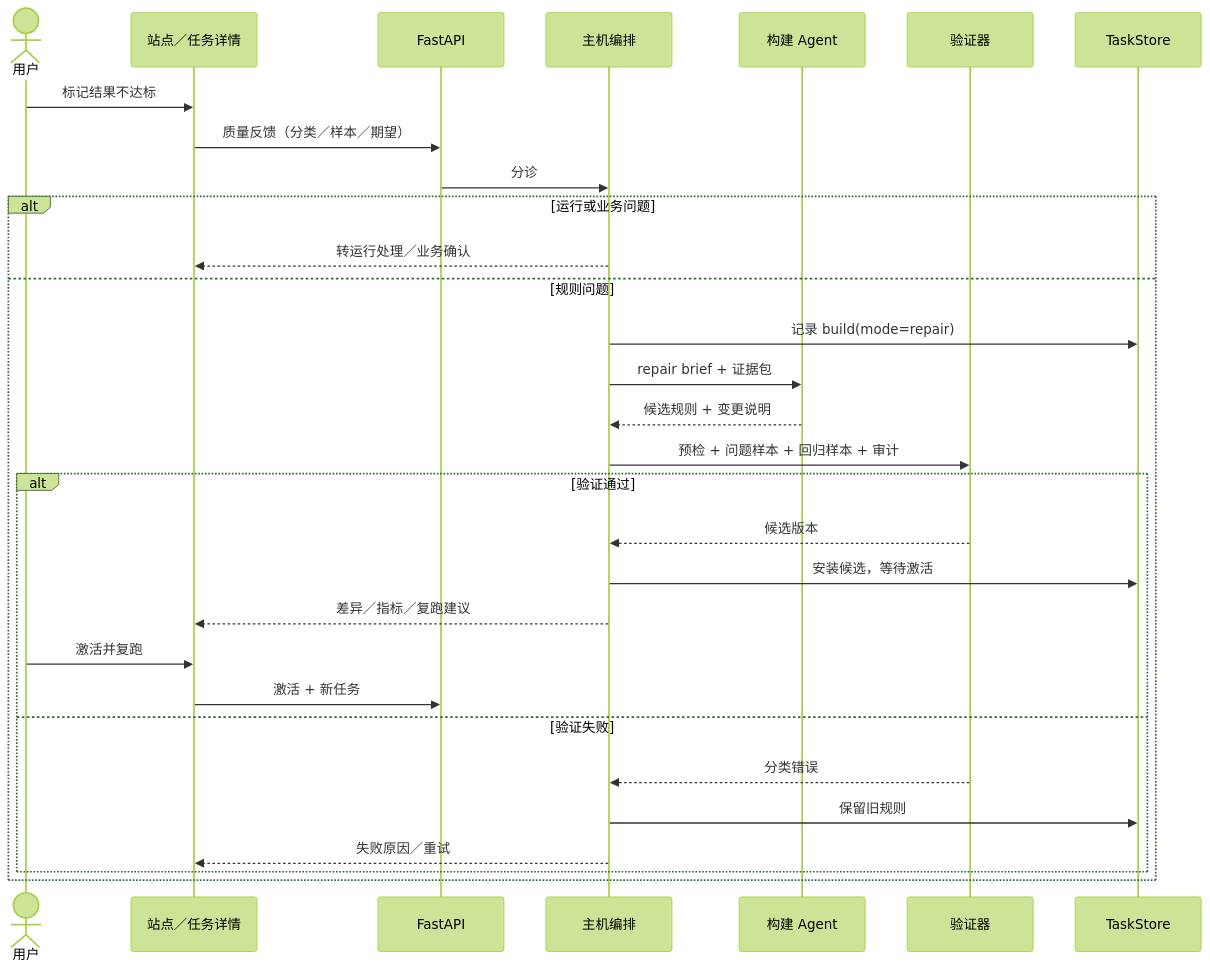
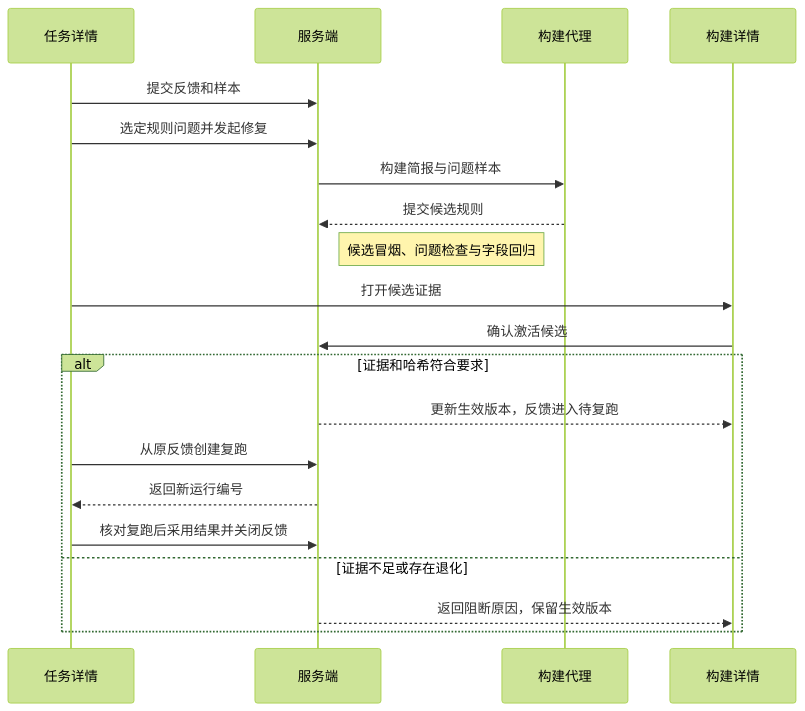
The third of 3 diagrams in docs/34-规则修复与异常工作流.md (xuchaoxin1375/ai-ecom-crawler), drawn with Mermaid (forest theme) before and after one commit. The commit also changed other lines of this file and 3 other files, not shown here.

````diff
--- a/docs/34-规则修复与异常工作流.md
+++ b/docs/34-规则修复与异常工作流.md
@@ -229,33 +231,23 @@
 ```mermaid
 sequenceDiagram
-    actor U as 用户
-    participant UI as 站点／任务详情
-    participant API as FastAPI
-    participant H as 主机编排
-    participant A as 构建 Agent
-    participant V as 验证器
-    participant DB as TaskStore
+    participant Task as 任务详情
+    participant Host as 服务端
+    participant Agent as 构建代理
+    participant Build as 构建详情
 
-    U->>UI: 标记结果不达标
-    UI->>API: 质量反馈（分类／样本／期望）
-    API->>H: 分诊
-    alt 运行或业务问题
-        H-->>UI: 转运行处理／业务确认
-    else 规则问题
-        H->>DB: 记录 build(mode=repair)
-        H->>A: repair brief + 证据包
-        A-->>H: 候选规则 + 变更说明
-        H->>V: 预检 + 问题样本 + 回归样本 + 审计
-        alt 验证通过
-            V-->>H: 候选版本
-            H->>DB: 安装候选，等待激活
-            H-->>UI: 差异／指标／复跑建议
-            U->>UI: 激活并复跑
-            UI->>API: 激活 + 新任务
-        else 验证失败
-            V-->>H: 分类错误
-            H->>DB: 保留旧规则
-            H-->>UI: 失败原因／重试
-        end
+    Task->>Host: 提交反馈和样本
+    Task->>Host: 选定规则问题并发起修复
+    Host->>Agent: 构建简报与问题样本
+    Agent-->>Host: 提交候选规则
+    Note right of Host: 候选冒烟、问题检查与字段回归
+    Task->>Build: 打开候选证据
+    Build->>Host: 确认激活候选
+    alt 证据和哈希符合要求
+        Host-->>Build: 更新生效版本，反馈进入待复跑
+        Task->>Host: 从原反馈创建复跑
+        Host-->>Task: 返回新运行编号
+        Task->>Host: 核对复跑后采用结果并关闭反馈
+    else 证据不足或存在退化
+        Host-->>Build: 返回阻断原因，保留生效版本
     end
 ```
````
